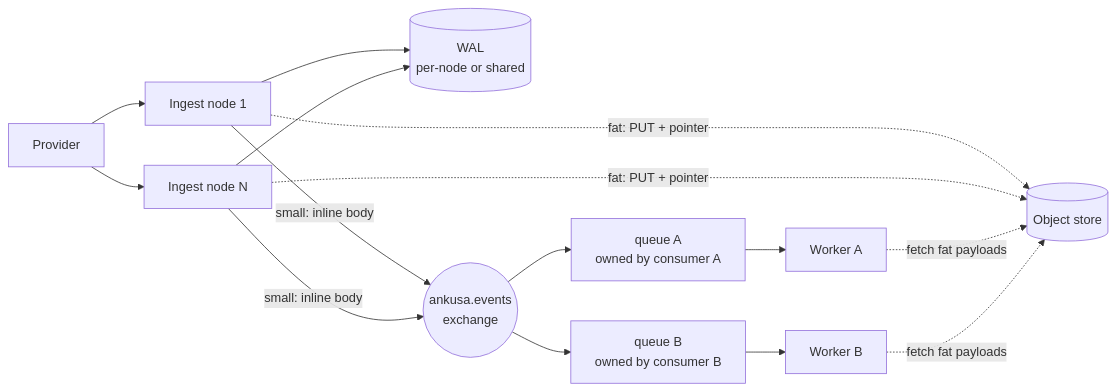
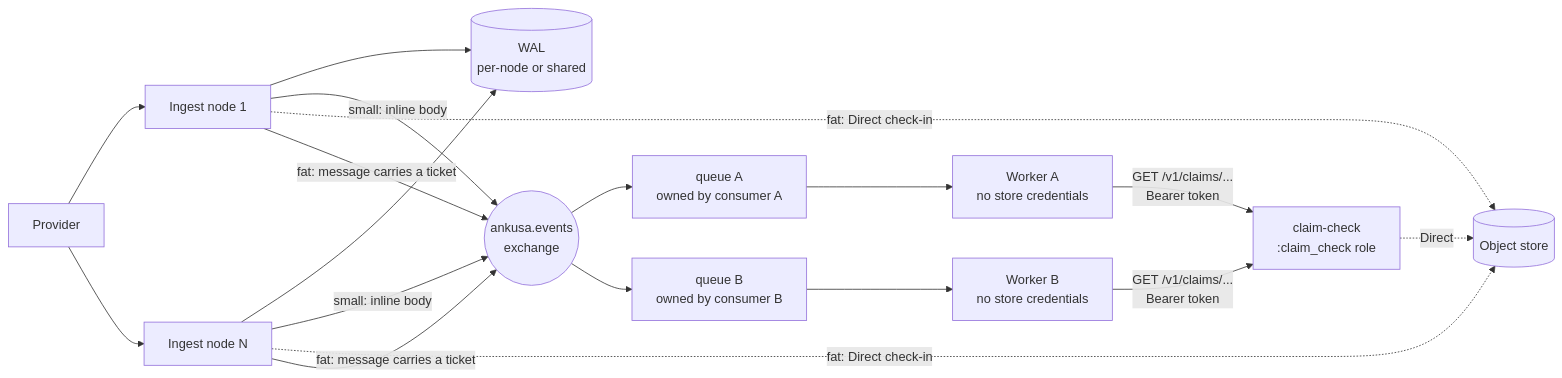
Before and after one commit to jamescarr/ankusa: the fifth of 5 diagrams in docs/architecture.md, drawn with Mermaid. The commit also changed other lines of this file and 36 other files, not shown here.

Commit message:
feat: add claim check gateway

````diff
--- a/docs/architecture.md
+++ b/docs/architecture.md
@@ -215,13 +216,15 @@
 ```mermaid
 flowchart LR
     P[Provider] --> E1[Ingest node 1]
     P --> E2[Ingest node N]
     E1 & E2 --> WAL[("WAL\nper-node or shared")]
     E1 & E2 -->|small: inline body| X(("ankusa.events\nexchange"))
-    E1 & E2 -.fat: PUT + pointer.-> Obj[("Object store")]
+    E1 & E2 -.fat: Direct check-in.-> Obj[("Object store")]
+    E1 & E2 -->|"fat: message carries a ticket"| X
     X --> QA[queue A\nowned by consumer A]
     X --> QB[queue B\nowned by consumer B]
-    QA --> CA[Worker A]
-    QB --> CB[Worker B]
-    CA & CB -.fetch fat payloads.-> Obj
+    QA --> CA[Worker A\nno store credentials]
+    QB --> CB[Worker B\nno store credentials]
+    CA & CB -->|GET /v1/claims/...\nBearer token| CC["claim-check\n:claim_check role"]
+    CC -.Direct.-> Obj
 ```
````
